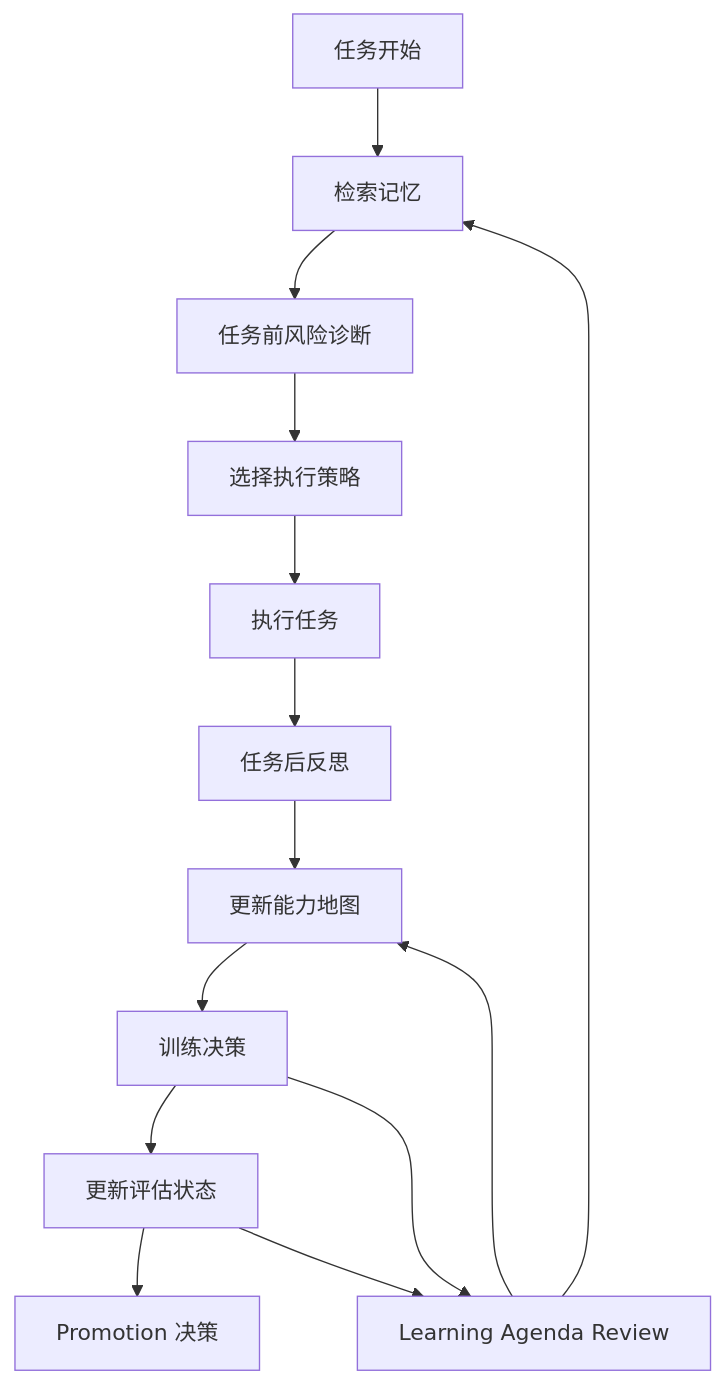
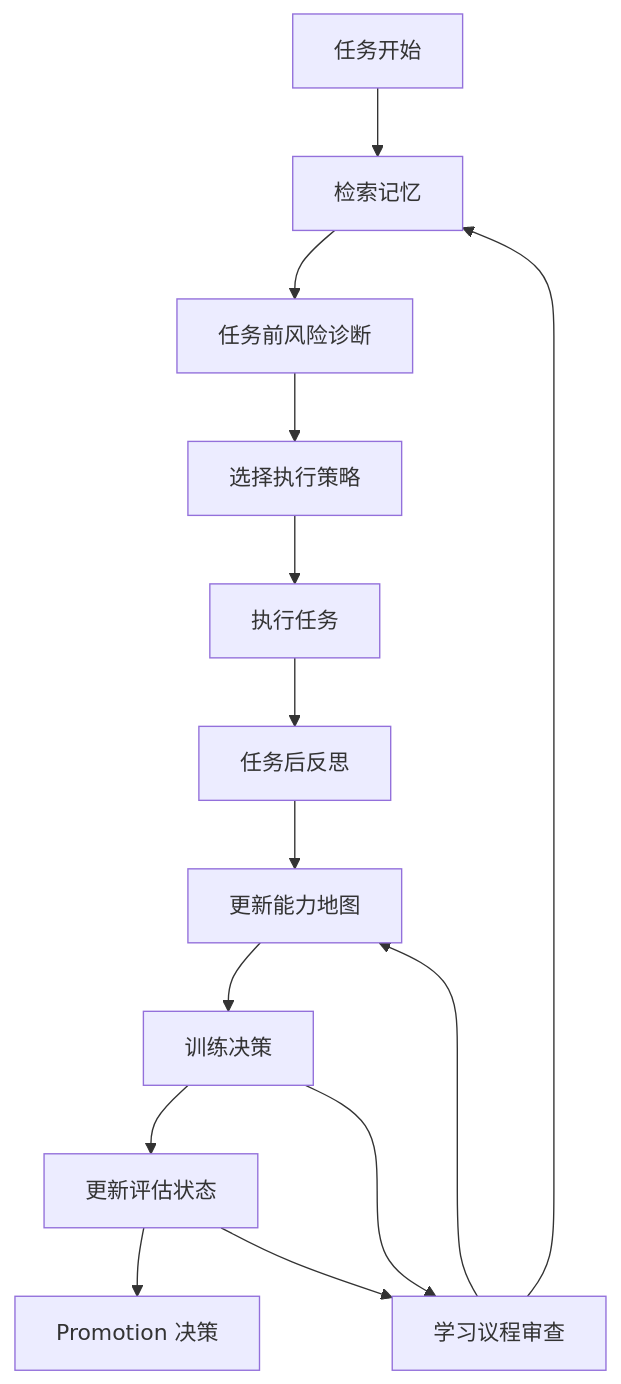
One commit to RangeKing/self-evolving-agent changed the diagram in README.zh-CN.md. Above: the diagram before and after it, drawn with Mermaid. The commit also changed other lines of this file and 50 other files, not shown here.

````diff
--- a/README.zh-CN.md
+++ b/README.zh-CN.md
@@ -69,17 +69,17 @@
 ```mermaid
 flowchart TD
     A["任务开始"] --> B["检索记忆"]
     B --> C["任务前风险诊断"]
     C --> D["选择执行策略"]
     D --> E["执行任务"]
     E --> F["任务后反思"]
     F --> G["更新能力地图"]
     G --> H["训练决策"]
     H --> I["更新评估状态"]
     I --> J["Promotion 决策"]
 
-    K["Learning Agenda Review"] --> B
+    K["学习议程审查"] --> B
     K --> G
     H --> K
     I --> K
 ```
````
